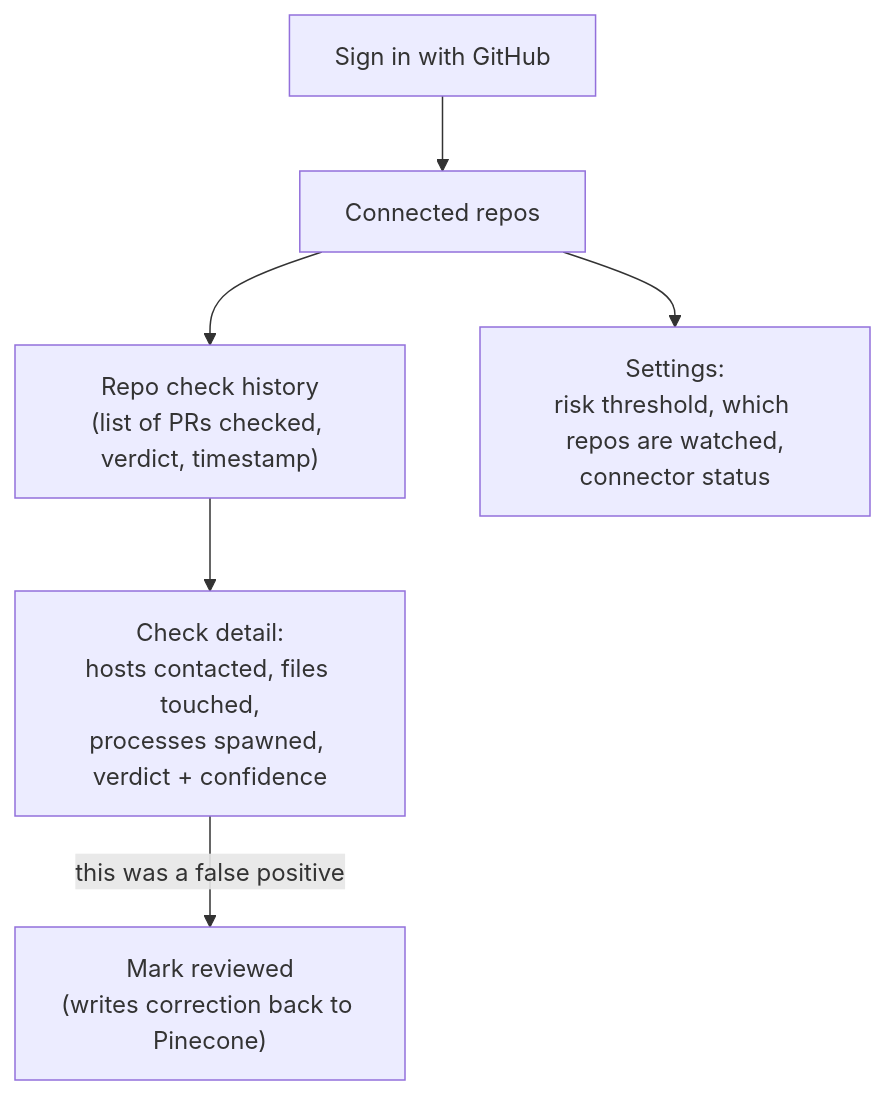
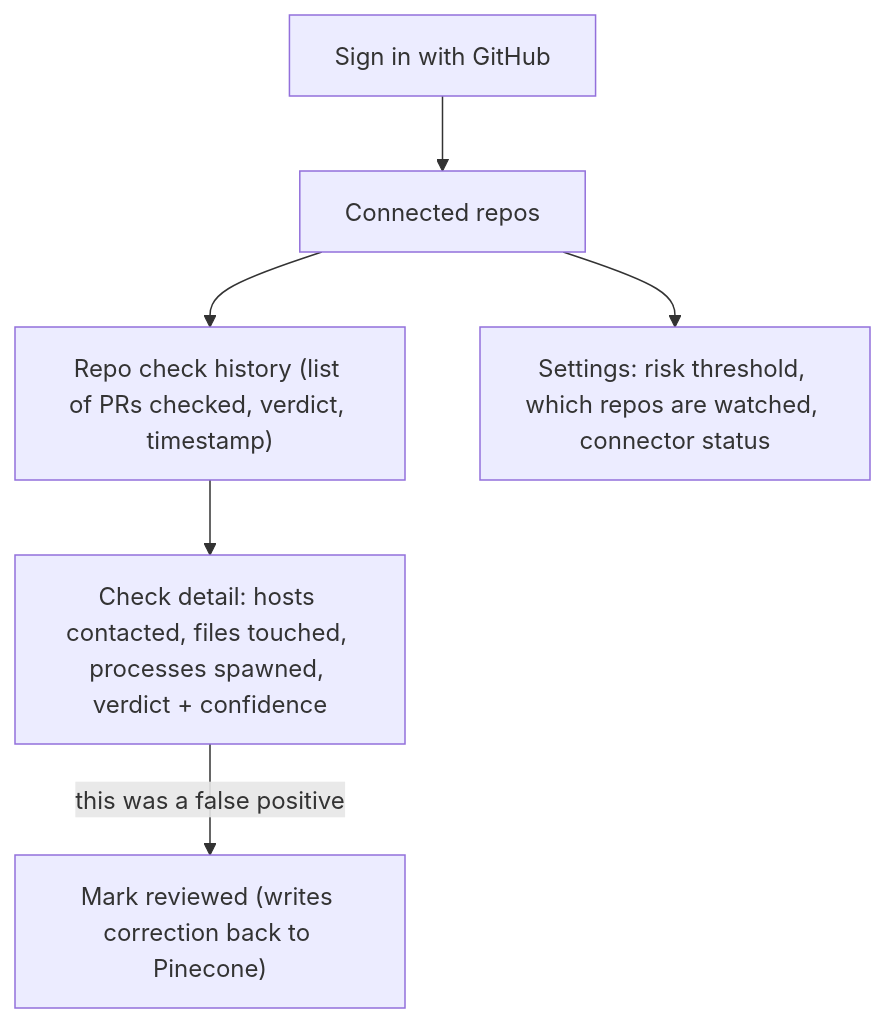
One commit to solutiono1/scudo changed the fourth of 4 diagrams in ARCHITECTURE.md. Above: the diagram before and after it, drawn with Mermaid. The commit also changed other lines of this file and 10 other files, not shown here.

````diff
--- a/ARCHITECTURE.md
+++ b/ARCHITECTURE.md
@@ -123,8 +125,8 @@
 ```mermaid
 flowchart TD
     Login["Sign in with GitHub"] --> RepoList["Connected repos"]
-    RepoList --> RepoDetail["Repo check history\n(list of PRs checked, verdict, timestamp)"]
-    RepoDetail --> CheckDetail["Check detail:\nhosts contacted, files touched,\nprocesses spawned, verdict + confidence"]
-    RepoList --> Settings["Settings:\nrisk threshold, which repos are watched,\nconnector status"]
-    CheckDetail -->|"this was a false positive"| Feedback["Mark reviewed\n(writes correction back to Pinecone)"]
+    RepoList --> RepoDetail["Repo check history (list of PRs checked, verdict, timestamp)"]
+    RepoDetail --> CheckDetail["Check detail: hosts contacted, files touched, processes spawned, verdict + confidence"]
+    RepoList --> Settings["Settings: risk threshold, which repos are watched, connector status"]
+    CheckDetail -->|"this was a false positive"| Feedback["Mark reviewed (writes correction back to Pinecone)"]
 ```
````
